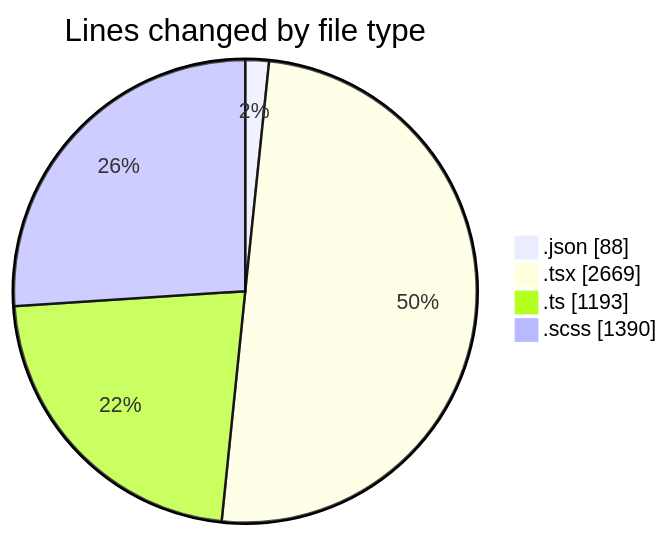
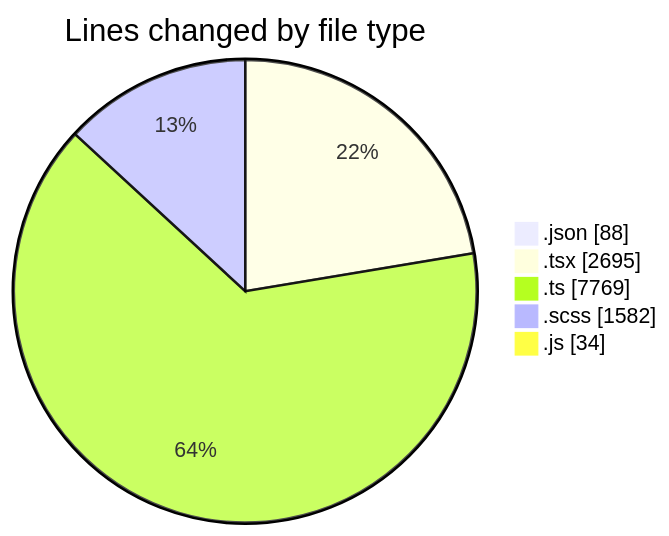
The first of 2 diagrams in 2026-10-22/cda/README.md (momahboobian/code-tracking), drawn with Mermaid before and after one commit. The commit also changed other lines of this file and 1 other file, not shown here.

````diff
--- a/2026-10-22/cda/README.md
+++ b/2026-10-22/cda/README.md
@@ -33,8 +39,9 @@
 ```mermaid
 pie showData
 title Lines changed by file type
 ".json" : 88
-".tsx" : 2669
-".ts" : 1193
-".scss" : 1390
+".tsx" : 2695
+".ts" : 7769
+".scss" : 1582
+".js" : 34
 ```
````
